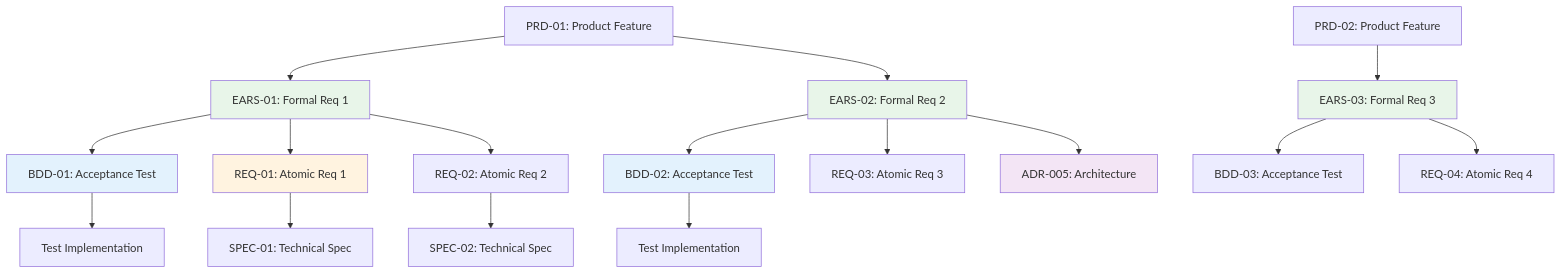
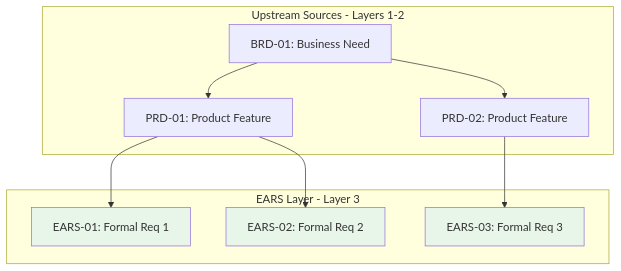
One commit to vladm3105/aidoc-flow-framework changed the diagram in ai_dev_flow/EARS/EARS-000_TRACEABILITY_MATRIX-TEMPLATE.md. Above: the diagram before and after it, drawn with Mermaid. The commit also changed other lines of this file and 6 other files, not shown here.

First line of the commit message:
docs: refactor ADR traceability matrix to upstream-only focus

````diff
--- a/ai_dev_flow/EARS/EARS-000_TRACEABILITY_MATRIX-TEMPLATE.md
+++ b/ai_dev_flow/EARS/EARS-000_TRACEABILITY_MATRIX-TEMPLATE.md
@@ -331,30 +331,24 @@
 ```mermaid
 graph TD
-    PRD001[PRD-01: Product Feature] --> EARS001[EARS-01: Formal Req 1]
-    PRD001 --> EARS002[EARS-02: Formal Req 2]
-    PRD002[PRD-02: Product Feature] --> EARS003[EARS-03: Formal Req 3]
+    subgraph Upstream[Upstream Sources - Layers 1-2]
+        BRD001[BRD-01: Business Need]
+        PRD001[PRD-01: Product Feature]
+        PRD002[PRD-02: Product Feature]
+    end
 
-    EARS001 --> BDD001[BDD-01: Acceptance Test]
-    EARS001 --> REQ01[REQ-01: Atomic Req 1]
-    EARS001 --> REQ02[REQ-02: Atomic Req 2]
+    subgraph Current[EARS Layer - Layer 3]
+        EARS001[EARS-01: Formal Req 1]
+        EARS002[EARS-02: Formal Req 2]
+        EARS003[EARS-03: Formal Req 3]
+    end
 
-    EARS002 --> BDD002[BDD-02: Acceptance Test]
-    EARS002 --> REQ03[REQ-03: Atomic Req 3]
-    EARS002 --> ADR005[ADR-005: Architecture]
-
-    EARS003 --> BDD003[BDD-03: Acceptance Test]
-    EARS003 --> REQ004[REQ-04: Atomic Req 4]
-
-    BDD001 --> Tests1[Test Implementation]
-    BDD002 --> Tests2[Test Implementation]
-    REQ01 --> SPEC01[SPEC-01: Technical Spec]
-    REQ02 --> SPEC002[SPEC-02: Technical Spec]
+    BRD001 --> PRD001
+    BRD001 --> PRD002
+    PRD001 --> EARS001
+    PRD001 --> EARS002
+    PRD002 --> EARS003
 
     style EARS001 fill:#e8f5e9
     style EARS002 fill:#e8f5e9
     style EARS003 fill:#e8f5e9
-    style BDD001 fill:#e3f2fd
-    style BDD002 fill:#e3f2fd
-    style REQ01 fill:#fff3e0
-    style ADR005 fill:#f3e5f5
 ```
````
